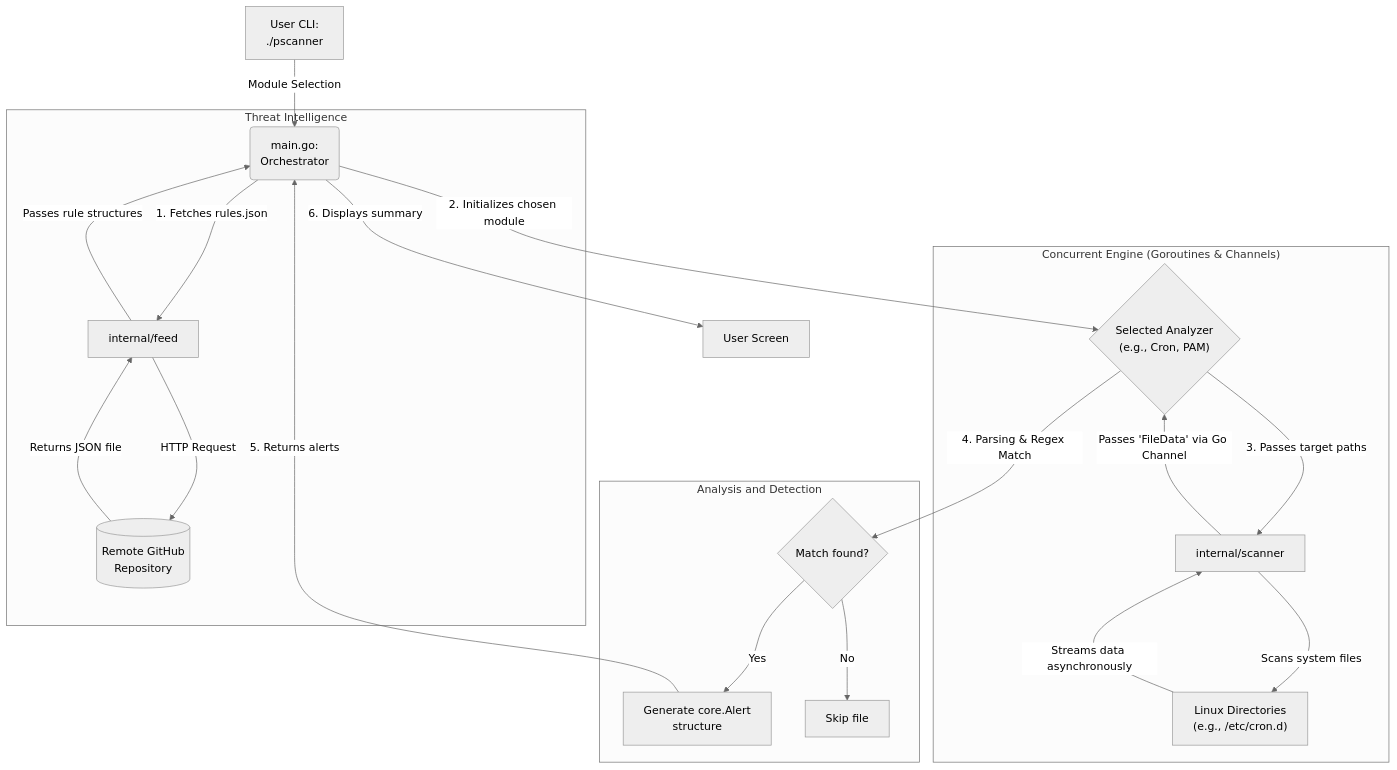
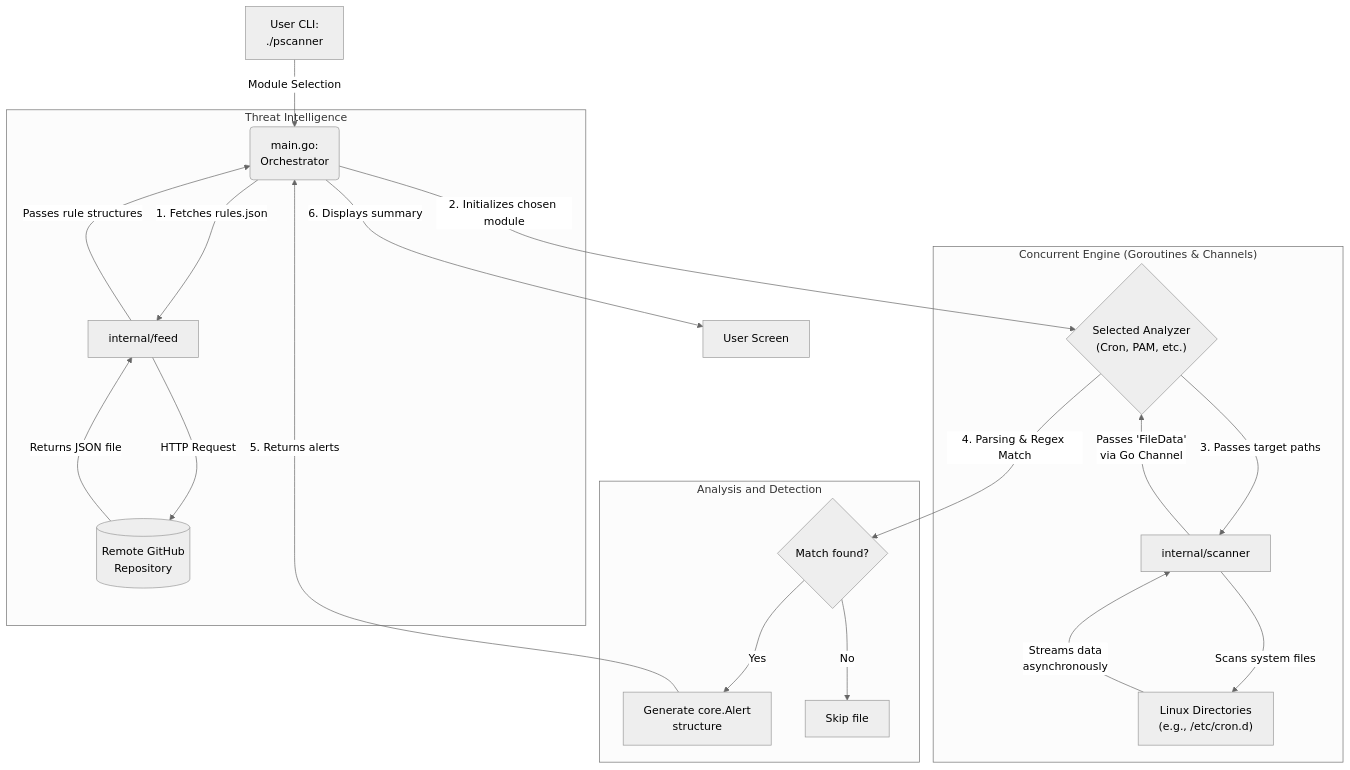
The diagram in README.md (JakubMalisz/PersistenceScanner), drawn with Mermaid (neutral theme) before and after one commit.

````diff
--- a/README.md
+++ b/README.md
@@ -26,29 +26,29 @@
 ```mermaid
 graph TD
-    A["User CLI:<br/>./pscanner"] -->|Module Selection| B("main.go:<br/>Orchestrator")
+    A["User CLI:<br/>./pscanner "] -->|Module Selection| B("main.go:<br/>Orchestrator ")
 
     subgraph "Threat Intelligence"
     B -->|1. Fetches rules.json| C["internal/feed"]
-    C -->|HTTP Request| D[("Remote GitHub<br/>Repository")]
+    C -->|HTTP Request| D[("Remote GitHub<br/>Repository ")]
     D -->|Returns JSON file| C
     C -->|Passes rule structures| B
     end
 
-    B -->|2. Initializes chosen module| E{"Selected Analyzer<br/>(e.g., Cron, PAM)"}
+    B -->|2. Initializes chosen module| E{"Selected Analyzer<br/>(Cron, PAM, etc.) "}
 
     subgraph "Concurrent Engine (Goroutines & Channels)"
     E -->|3. Passes target paths| F["internal/scanner"]
-    F -->|Scans system files| G["Linux Directories<br/>(e.g., /etc/cron.d)"]
-    G -->|Streams data asynchronously| F
-    F -->|Passes 'FileData' via Go Channel| E
+    F -->|Scans system files| G["Linux Directories<br/>(e.g., /etc/cron.d) "]
+    G -->|Streams data<br/>asynchronously | F
+    F -->|Passes 'FileData'<br/>via Go Channel | E
     end
 
     subgraph "Analysis and Detection"
     E -->|4. Parsing & Regex Match| H{"Match found?"}
-    H -->|Yes| I["Generate core.Alert<br/>structure"]
+    H -->|Yes| I["Generate core.Alert<br/>structure "]
     H -->|No| J["Skip file"]
     end
 
     I -->|5. Returns alerts| B
     B -->|6. Displays summary| K["User Screen"]
 ```
````
